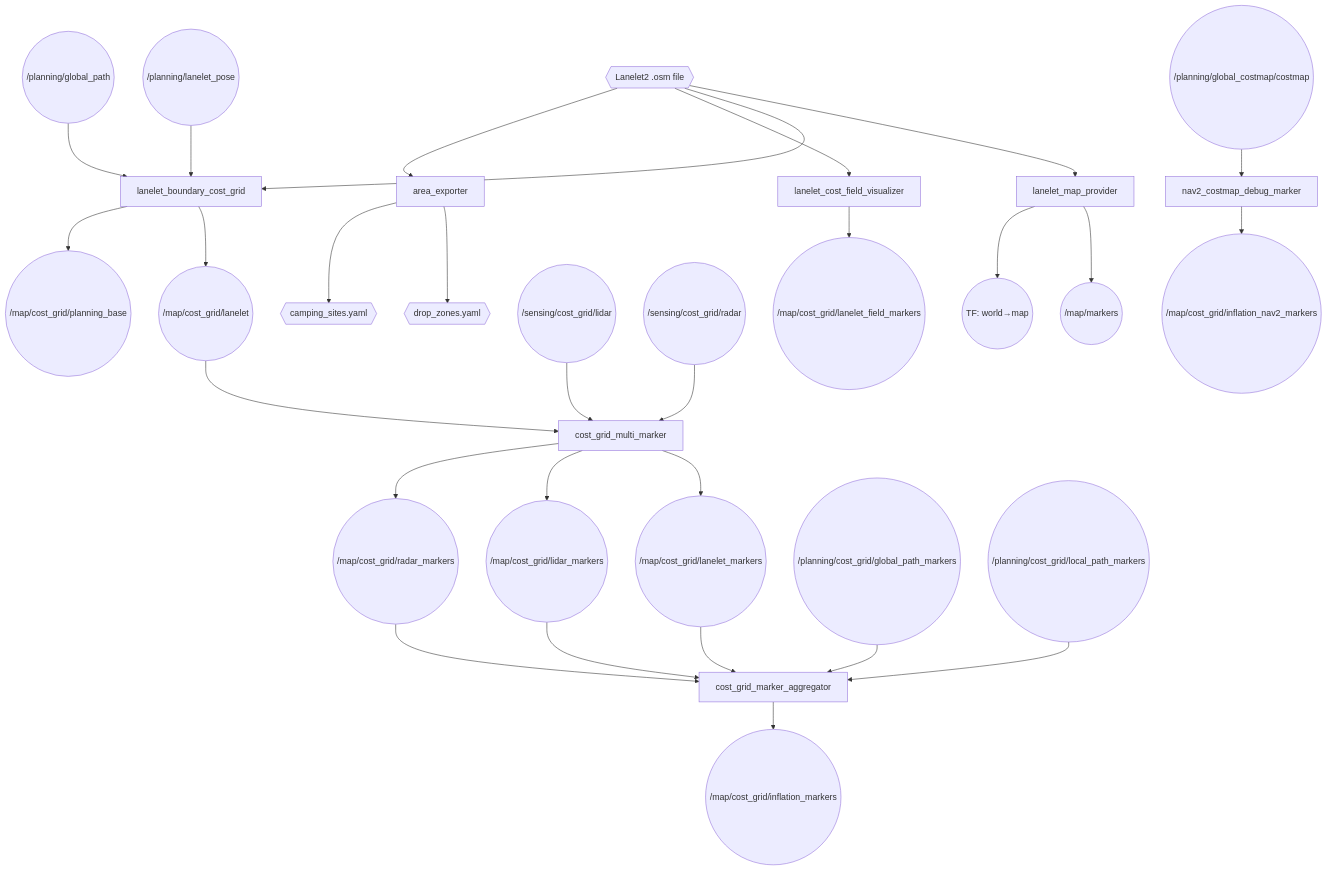
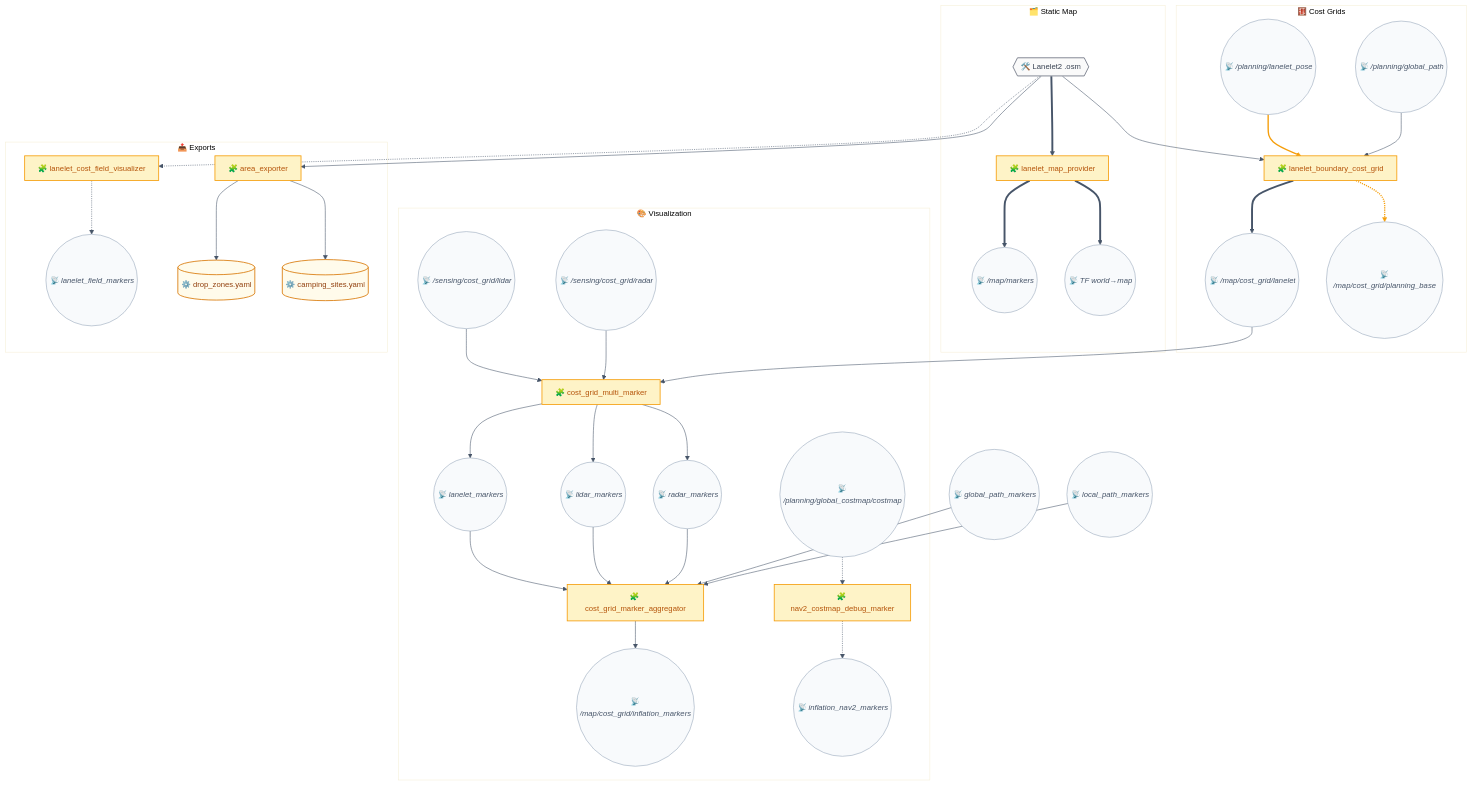
The second of 3 diagrams in camrod_map/README.md (hwanhonglee/CAMROD), drawn with Mermaid before and after one commit. The commit also changed other lines of this file and 12 other files, not shown here.

````diff
--- a/camrod_map/README.md
+++ b/camrod_map/README.md
@@ -49,36 +94,84 @@
 ```mermaid
+%%{init: {'theme': 'base', 'themeVariables': {'fontFamily': 'ui-sans-serif, system-ui, sans-serif', 'fontSize': '14px', 'primaryColor': '#EEF2FF', 'primaryTextColor': '#0F172A', 'primaryBorderColor': '#6366F1', 'lineColor': '#475569'}, 'flowchart': {'curve': 'basis', 'htmlLabels': true, 'padding': 12}}}%%
 graph TD
-  OSM{{Lanelet2 .osm file}} --> LMAP[lanelet_map_provider]
-  LMAP --> MVIS(("/map/markers"))
-  LMAP --> TF(("TF: world→map"))
+  classDef sensing      fill:#ECFEFF,stroke:#06B6D4,stroke-width:1.5px,color:#0E7490;
+  classDef localization fill:#ECFDF5,stroke:#10B981,stroke-width:1.5px,color:#047857;
+  classDef mapping      fill:#FEF3C7,stroke:#F59E0B,stroke-width:1.5px,color:#B45309;
+  classDef perception   fill:#FCE7F3,stroke:#EC4899,stroke-width:1.5px,color:#9D174D;
+  classDef planning     fill:#EEF2FF,stroke:#6366F1,stroke-width:1.5px,color:#4338CA;
+  classDef platform     fill:#FEE2E2,stroke:#EF4444,stroke-width:1.5px,color:#B91C1C;
+  classDef parking      fill:#F5F3FF,stroke:#8B5CF6,stroke-width:1.5px,color:#6D28D9;
+  classDef system       fill:#F1F5F9,stroke:#64748B,stroke-width:1.5px,color:#334155;
+  classDef ui           fill:#FFF7ED,stroke:#F97316,stroke-width:1.5px,color:#C2410C;
+  classDef topic        fill:#F8FAFC,stroke:#94A3B8,stroke-width:1px,color:#475569,font-style:italic;
+  classDef config       fill:#FFFBEB,stroke:#D97706,stroke-width:1.5px,color:#92400E;
+  classDef hardware     fill:#FAFAFA,stroke:#6B7280,stroke-width:1.5px,color:#374151;
+  classDef highlight    fill:#FEF9C3,stroke:#CA8A04,stroke-width:2.5px,color:#713F12;
 
-  OSM --> LGRID[lanelet_boundary_cost_grid]
-  POSE(("/planning/lanelet_pose")) --> LGRID
-  GPATH(("/planning/global_path")) --> LGRID
-  LGRID --> LCOST(("/map/cost_grid/lanelet"))
-  LGRID --> LBASE(("/map/cost_grid/planning_base"))
+  subgraph STATIC["🗂️ Static Map"]
+    OSM{{🛠️ Lanelet2 .osm}}:::hardware
+    LMAP[🧩 lanelet_map_provider]:::mapping
+    MVIS((📡 /map/markers)):::topic
+    TF((📡 TF world→map)):::topic
+    OSM ==> LMAP
+    LMAP ==> MVIS
+    LMAP ==> TF
+  end
 
-  LCOST --> MCFM[cost_grid_multi_marker]
-  LIDAR(("/sensing/cost_grid/lidar")) --> MCFM
-  RADAR(("/sensing/cost_grid/radar")) --> MCFM
-  MCFM --> LMRK(("/map/cost_grid/lanelet_markers"))
-  MCFM --> LIMRK(("/map/cost_grid/lidar_markers"))
-  MCFM --> RMRK(("/map/cost_grid/radar_markers"))
+  subgraph GRID["🧮 Cost Grids"]
+    LGRID[🧩 lanelet_boundary_cost_grid]:::mapping
+    POSE((📡 /planning/lanelet_pose)):::topic
+    GPATH((📡 /planning/global_path)):::topic
+    LCOST((📡 /map/cost_grid/lanelet)):::topic
+    LBASE((📡 /map/cost_grid/planning_base)):::topic
+    POSE --> LGRID
+    GPATH --> LGRID
+    LGRID ==> LCOST
+    LGRID -.-> LBASE
+  end
 
-  INFGRID(("/planning/global_costmap/costmap")) --> CFMRK[nav2_costmap_debug_marker]
-  CFMRK --> INFLMRK(("/map/cost_grid/inflation_nav2_markers"))
+  subgraph VIZ["🎨 Visualization"]
+    MCFM[🧩 cost_grid_multi_marker]:::mapping
+    LIDAR((📡 /sensing/cost_grid/lidar)):::topic
+    RADAR((📡 /sensing/cost_grid/radar)):::topic
+    LMRK((📡 lanelet_markers)):::topic
+    LIMRK((📡 lidar_markers)):::topic
+    RMRK((📡 radar_markers)):::topic
+    AGG[🧩 cost_grid_marker_aggregator]:::mapping
+    CONTRIB((📡 /map/cost_grid/inflation_markers)):::topic
+    INFGRID((📡 /planning/global_costmap/costmap)):::topic
+    CFMRK[🧩 nav2_costmap_debug_marker]:::mapping
+    INFLMRK((📡 inflation_nav2_markers)):::topic
+    LIDAR --> MCFM
+    RADAR --> MCFM
+    MCFM --> LMRK
+    MCFM --> LIMRK
+    MCFM --> RMRK
+    LMRK --> AGG
+    LIMRK --> AGG
+    RMRK --> AGG
+    AGG --> CONTRIB
+    INFGRID -.-> CFMRK
+    CFMRK -.-> INFLMRK
+  end
 
-  LMRK --> AGG[cost_grid_marker_aggregator]
-  LIMRK --> AGG
-  RMRK --> AGG
-  GPMRK(("/planning/cost_grid/global_path_markers")) --> AGG
-  LPMRK(("/planning/cost_grid/local_path_markers")) --> AGG
-  AGG --> CONTRIB(("/map/cost_grid/inflation_markers"))
+  subgraph EXPORT["📤 Exports"]
+    CFN[🧩 lanelet_cost_field_visualizer]:::mapping
+    CFIELD((📡 lanelet_field_markers)):::topic
+    AEX[🧩 area_exporter]:::mapping
+    DZ[(⚙️ drop_zones.yaml)]:::config
+    CS[(⚙️ camping_sites.yaml)]:::config
+    CFN -.-> CFIELD
+    AEX --> DZ
+    AEX --> CS
+  end
 
-  OSM --> CFN[lanelet_cost_field_visualizer]
-  CFN --> CFIELD(("/map/cost_grid/lanelet_field_markers"))
+  OSM --> LGRID
+  OSM -.-> CFN
+  OSM --> AEX
+  LCOST --> MCFM
+  GPMRK((📡 global_path_markers)):::topic --> AGG
+  LPMRK((📡 local_path_markers)):::topic --> AGG
 
-  OSM --> AEX[area_exporter]
-  AEX --> DZ{{drop_zones.yaml}}
-  AEX --> CS{{camping_sites.yaml}}
+  linkStyle 3,6 stroke:#F59E0B,stroke-width:2.5px;
 ```
````
